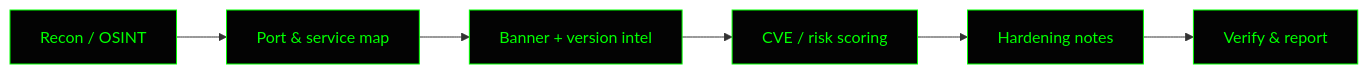
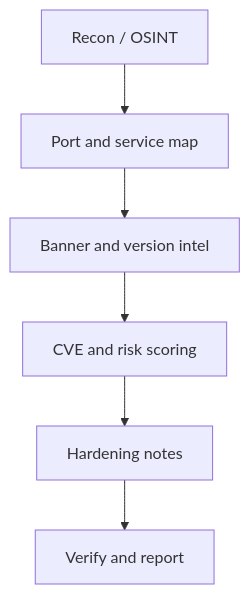
Before and after one commit to Pireburak/pireburak: the diagram in README.md, drawn with Mermaid. The commit also changed other lines of this file, not shown here.

````diff
--- a/README.md
+++ b/README.md
@@ -65,14 +93,8 @@
 ```mermaid
-graph LR
-  A[Recon / OSINT] --> B[Port & service map]
-  B --> C[Banner + version intel]
-  C --> D[CVE / risk scoring]
+flowchart TD
+  A[Recon / OSINT] --> B[Port and service map]
+  B --> C[Banner and version intel]
+  C --> D[CVE and risk scoring]
   D --> E[Hardening notes]
-  E --> F[Verify & report]
-  style A fill:#030303,stroke:#00ff00,color:#0f0
-  style B fill:#030303,stroke:#00ff00,color:#0f0
-  style C fill:#030303,stroke:#00ff00,color:#0f0
-  style D fill:#030303,stroke:#00ff00,color:#0f0
-  style E fill:#030303,stroke:#00ff00,color:#0f0
-  style F fill:#030303,stroke:#00ff00,color:#0f0
+  E --> F[Verify and report]
 ```
````
